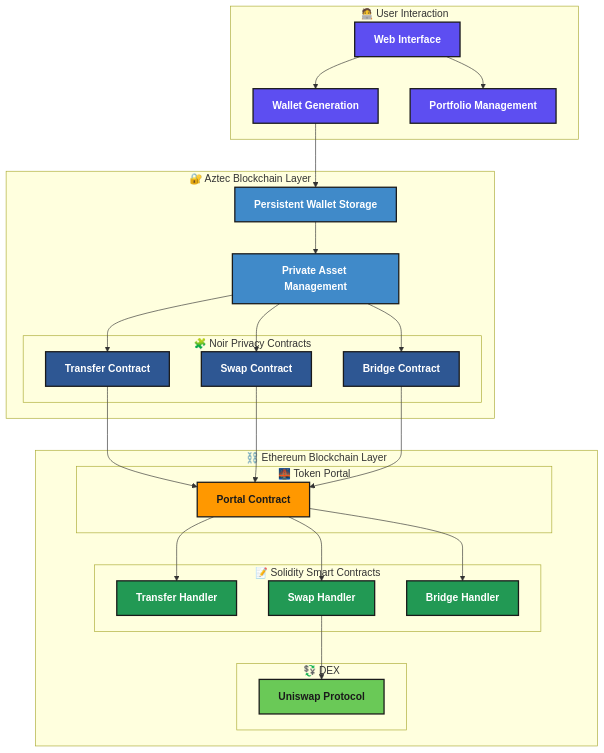
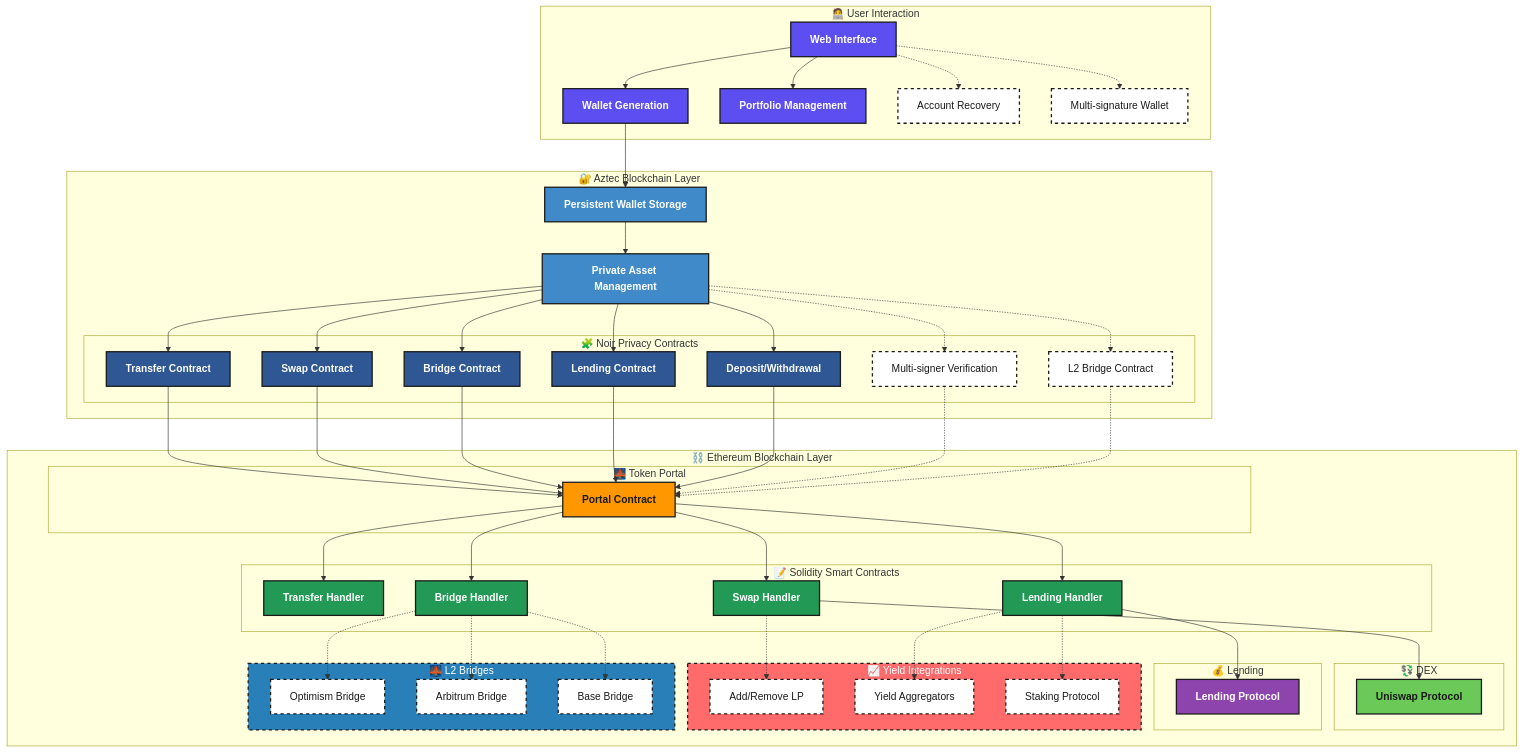
One commit to chameleon-money/core changed the diagram in README.md. Above: the diagram before and after it, drawn with Mermaid.

````diff
--- a/README.md
+++ b/README.md
@@ -34,6 +34,8 @@
     subgraph User["🧑‍💻 User Interaction"]
         A[Web Interface] --> B[Wallet Generation]
         A --> C[Portfolio Management]
+        A -.-> AR[Account Recovery]
+        A -.-> MS[Multi-signature Wallet]
     end
 
     subgraph AztecLayer["🔐 Aztec Blockchain Layer"]
@@ -44,11 +46,19 @@
             N1[Transfer Contract]
             N2[Swap Contract]
             N3[Bridge Contract]
+            N4[Lending Contract]
+            N5[Deposit/Withdrawal]
+            N6[Multi-signer Verification]
+            N7[L2 Bridge Contract]
         end
 
         E --> N1
         E --> N2
         E --> N3
+        E --> N4
+        E --> N5
+        E -.-> N6
+        E -.-> N7
     end
 
     subgraph EthLayer["⛓️ Ethereum Blockchain Layer"]
@@ -60,22 +70,53 @@
             S1[Transfer Handler]
             S2[Swap Handler]
             S3[Bridge Handler]
+            S4[Lending Handler]
         end
 
         subgraph DEX["💱 DEX"]
             UNI[Uniswap Protocol]
+        end
+
+        subgraph Lending["💰 Lending"]
+            LEND[Lending Protocol]
+        end
+
+        subgraph YieldIntegrations["📈 Yield Integrations"]
+            ADDLP[Add/Remove LP]
+            YAGG[Yield Aggregators]
+            STAKE[Staking Protocol]
+        end
+
+        subgraph L2Bridges["🌉 L2 Bridges"]
+            OPT[Optimism Bridge]
+            ARB[Arbitrum Bridge]
+            BASE[Base Bridge]
         end
     end
 
     N1 --> TP
     N2 --> TP
     N3 --> TP
+    N4 --> TP
+    N5 --> TP
+    N6 -.-> TP
+    N7 -.-> TP
 
     TP --> S1
     TP --> S2
     TP --> S3
+    TP --> S4
 
     S2 --> UNI
+    S4 --> LEND
+    
+    S3 -.-> OPT
+    S3 -.-> ARB
+    S3 -.-> BASE
+    
+    S2 -.-> ADDLP
+    S4 -.-> YAGG
+    S4 -.-> STAKE
 
     classDef userInt fill:#5D4EF1,stroke:#1a1a1a,stroke-width:2px,color:#FFFFFF,font-weight:bold;
     classDef aztecMain fill:#408AC9,stroke:#1a1a1a,stroke-width:2px,color:#FFFFFF,font-weight:bold;
@@ -84,11 +125,22 @@
     classDef portal fill:#FF9800,stroke:#1a1a1a,stroke-width:2px,color:#1a1a1a,font-weight:bold;
     classDef solidity fill:#229954,stroke:#1a1a1a,stroke-width:2px,color:#FFFFFF,font-weight:bold;
     classDef dex fill:#6AC957,stroke:#1a1a1a,stroke-width:2px,color:#1a1a1a,font-weight:bold;
+    classDef lending fill:#8E44AD,stroke:#1a1a1a,stroke-width:2px,color:#FFFFFF,font-weight:bold;
+    classDef planned fill:#FFFFFF,stroke:#1a1a1a,stroke-width:2px,stroke-dasharray: 5 5,color:#1a1a1a;
+    classDef yieldInt fill:#FF6B6B,stroke:#1a1a1a,stroke-width:2px,stroke-dasharray: 5 5,color:#FFFFFF;
+    classDef l2Bridges fill:#2980B9,stroke:#1a1a1a,stroke-width:2px,stroke-dasharray: 5 5,color:#FFFFFF;
 
     class A,B,C userInt;
     class D,E aztecMain;
-    class N1,N2,N3 noir;
+    class N1,N2,N3,N4,N5 noir;
+    class N6,N7 planned;
     class TP portal;
-    class S1,S2,S3 solidity;
+    class S1,S2,S3,S4 solidity;
     class UNI dex;
+    class LEND lending;
+    class AR,MS planned;
+    class ADDLP,YAGG,STAKE planned;
+    class OPT,ARB,BASE planned;
+    class YieldIntegrations yieldInt;
+    class L2Bridges l2Bridges;
 ```
````
